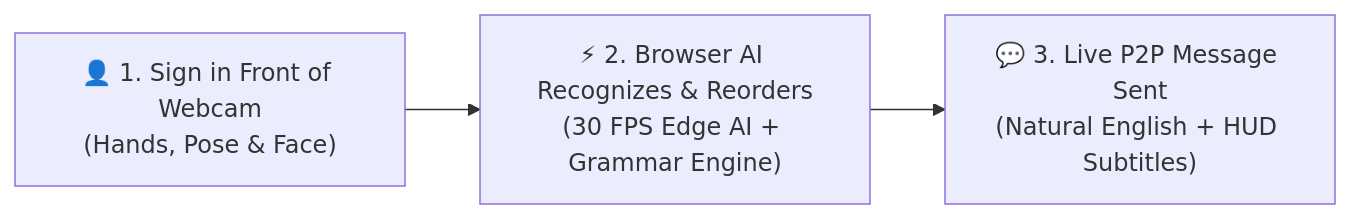
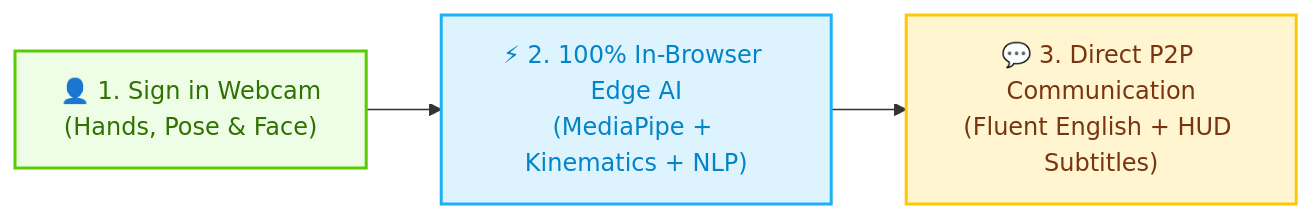
One commit to vickysahuhere/signbridge changed the first of 5 diagrams in README.md. Above: the diagram before and after it, drawn with Mermaid. The commit also changed other lines of this file and 12 other files, not shown here.

Commit message:
perf(vision): dynamic face gating - bypass 478-pt face mesh for non-facial signs for 60fps tracking

````diff
--- a/README.md
+++ b/README.md
@@ -114,5 +47,9 @@
 ```mermaid
 flowchart LR
-    A["👤 1. Sign in Front of Webcam\n(Hands, Pose & Face)"] --> B["⚡ 2. Browser AI Recognizes & Reorders\n(30 FPS Edge AI + Grammar Engine)"]
-    B --> C["💬 3. Live P2P Message Sent\n(Natural English + HUD Subtitles)"]
+    A["👤 1. Sign in Webcam\n(Hands, Pose & Face)"] --> B["⚡ 2. 100% In-Browser Edge AI\n(MediaPipe + Kinematics + NLP)"]
+    B --> C["💬 3. Direct P2P Communication\n(Fluent English + HUD Subtitles)"]
+    
+    style A fill:#EEFDE5,stroke:#58CC02,stroke-width:2px,color:#2F7202
+    style B fill:#DDF4FE,stroke:#1CB0F6,stroke-width:2px,color:#0284C7
+    style C fill:#FFF5D1,stroke:#FFC800,stroke-width:2px,color:#78350F
 ```
````
